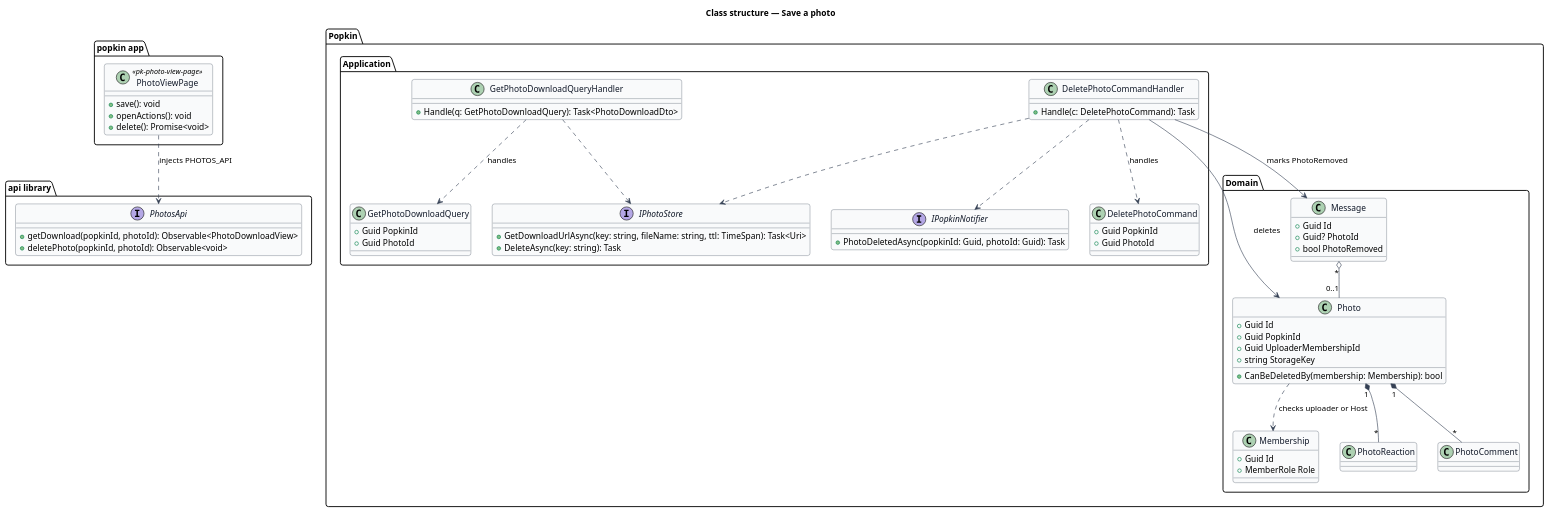
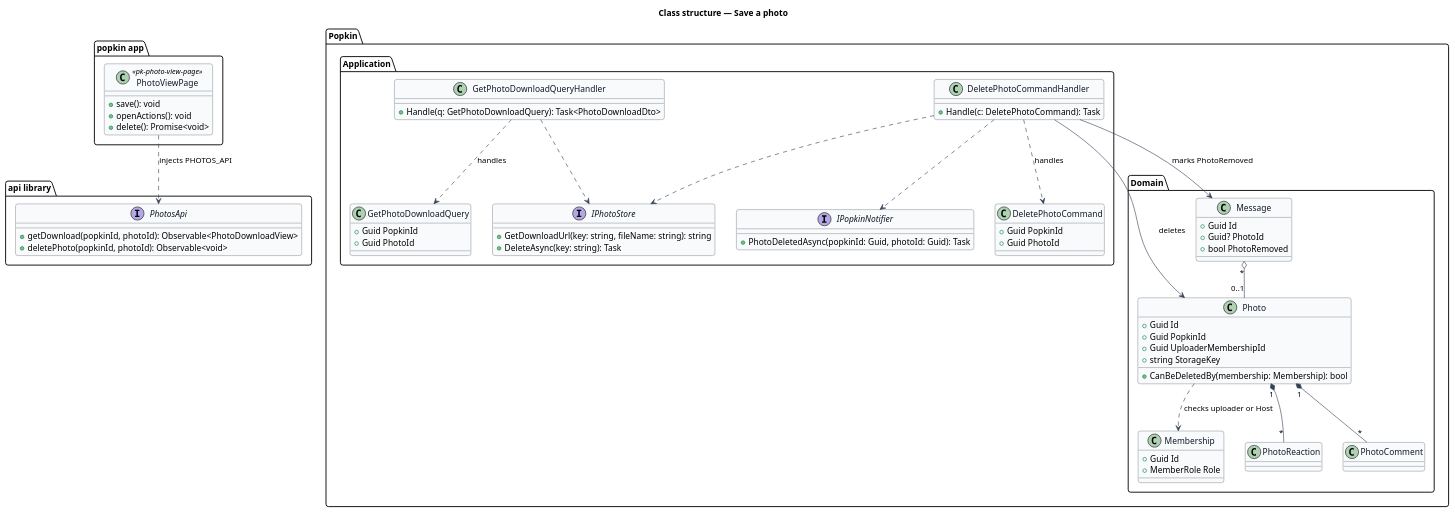
The diagram in docs/detailed-designs/photos/save-photo/diagrams/class-structure.puml (QuinntyneBrown/popkin), drawn with PlantUML before and after one commit. The commit also changed 10 other files, not shown here.

```diff
--- a/docs/detailed-designs/photos/save-photo/diagrams/class-structure.puml
+++ b/docs/detailed-designs/photos/save-photo/diagrams/class-structure.puml
@@ -1,84 +1,84 @@
 @startuml
 ' --- shared skin header ---
 skinparam backgroundColor #FFFFFF
 skinparam shadowing false
 skinparam roundcorner 8
 skinparam defaultFontName Arial
 skinparam ArrowColor #344054
 skinparam class {
   BorderColor #344054
   FontColor #101828
   BackgroundColor #F9FAFB
 }
 ' --------------------------
 title Class structure — Save a photo
 
 package "popkin app" {
   class PhotoViewPage <<pk-photo-view-page>> {
     +save(): void
     +openActions(): void
     +delete(): Promise<void>
   }
 }
 package "api library" {
   interface PhotosApi {
     +getDownload(popkinId, photoId): Observable<PhotoDownloadView>
     +deletePhoto(popkinId, photoId): Observable<void>
   }
 }
 package "Popkin.Application" {
   class GetPhotoDownloadQuery {
     +Guid PopkinId
     +Guid PhotoId
   }
   class GetPhotoDownloadQueryHandler {
     +Handle(q: GetPhotoDownloadQuery): Task<PhotoDownloadDto>
   }
   class DeletePhotoCommand {
     +Guid PopkinId
     +Guid PhotoId
   }
   class DeletePhotoCommandHandler {
     +Handle(c: DeletePhotoCommand): Task
   }
   interface IPhotoStore {
-    +GetDownloadUrlAsync(key: string, fileName: string, ttl: TimeSpan): Task<Uri>
+    +GetDownloadUrl(key: string, fileName: string): string
     +DeleteAsync(key: string): Task
   }
   interface IPopkinNotifier {
     +PhotoDeletedAsync(popkinId: Guid, photoId: Guid): Task
   }
 }
 package "Popkin.Domain" {
   class Photo {
     +Guid Id
     +Guid PopkinId
     +Guid UploaderMembershipId
     +string StorageKey
     +CanBeDeletedBy(membership: Membership): bool
   }
   class Membership {
     +Guid Id
     +MemberRole Role
   }
   class Message {
     +Guid Id
     +Guid? PhotoId
     +bool PhotoRemoved
   }
   class PhotoReaction
   class PhotoComment
 }
 PhotoViewPage ..> PhotosApi : injects PHOTOS_API
 GetPhotoDownloadQueryHandler ..> GetPhotoDownloadQuery : handles
 GetPhotoDownloadQueryHandler ..> IPhotoStore
 DeletePhotoCommandHandler ..> DeletePhotoCommand : handles
 DeletePhotoCommandHandler --> Photo : deletes
 DeletePhotoCommandHandler --> Message : marks PhotoRemoved
 DeletePhotoCommandHandler ..> IPhotoStore
 DeletePhotoCommandHandler ..> IPopkinNotifier
 Photo ..> Membership : checks uploader or Host
 Photo "1" *-- "*" PhotoReaction
 Photo "1" *-- "*" PhotoComment
 Message "*" o-- "0..1" Photo
 @enduml
```
